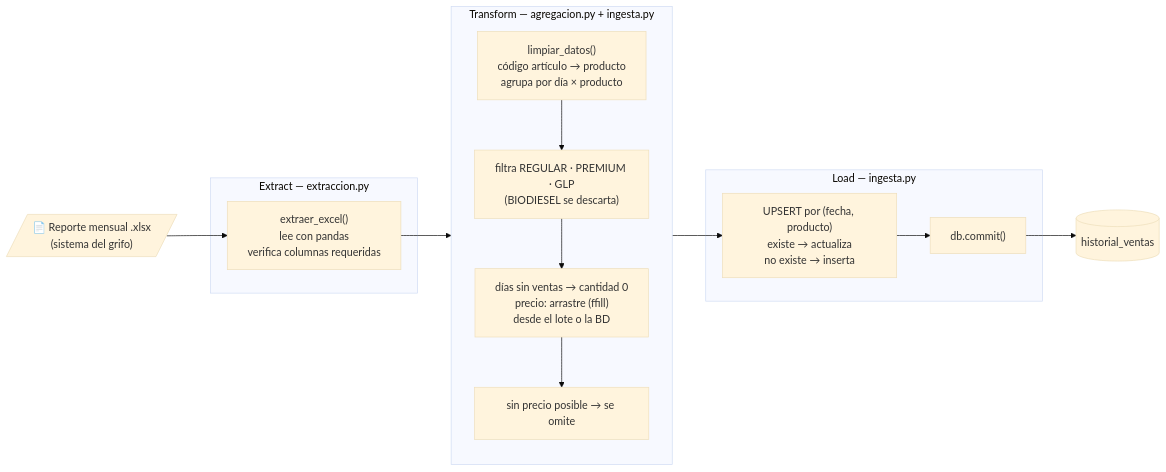
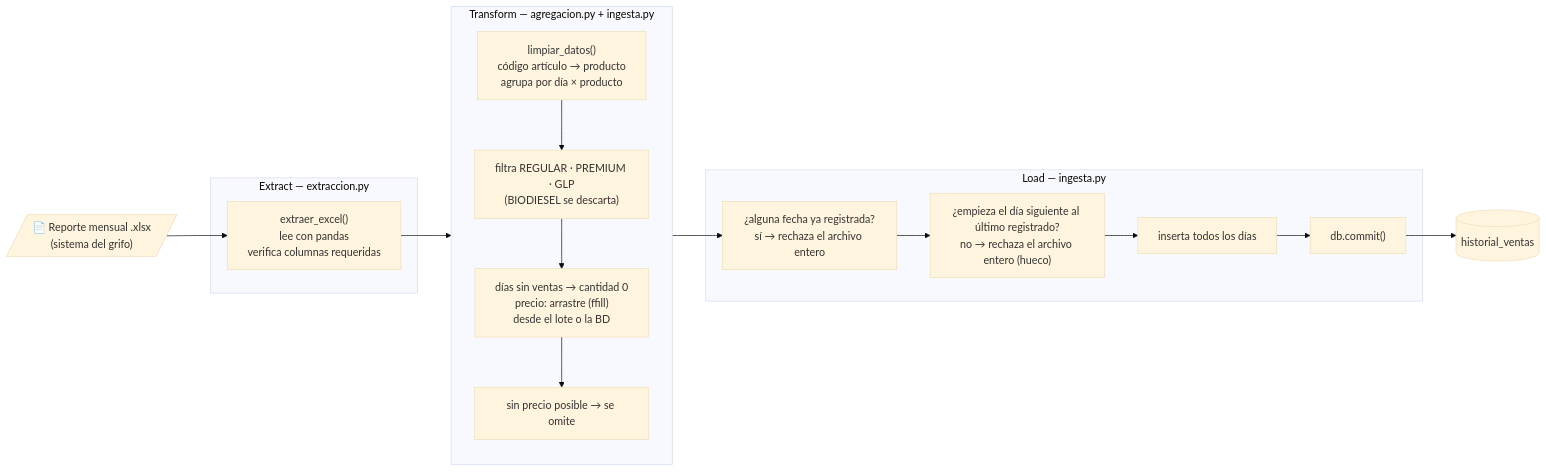
One commit to alhexmbs/tesis-backend changed the third of 7 diagrams in docs/arquitectura.md. Above: the diagram before and after it, drawn with Mermaid (base theme). The commit also changed other lines of this file and 27 other files, not shown here.

````diff
--- a/docs/arquitectura.md
+++ b/docs/arquitectura.md
@@ -171,29 +171,31 @@
 ```mermaid
 flowchart LR
     xlsx[/"📄 Reporte mensual .xlsx<br/>(sistema del grifo)"/]
 
     subgraph E["Extract — extraccion.py"]
         e1["extraer_excel()<br/>lee con pandas<br/>verifica columnas requeridas"]
     end
 
     subgraph T["Transform — agregacion.py + ingesta.py"]
         direction TB
         t1["limpiar_datos()<br/>código artículo → producto<br/>agrupa por día × producto"]
         t2["filtra REGULAR · PREMIUM · GLP<br/>(BIODIESEL se descarta)"]
         t3["días sin ventas → cantidad 0<br/>precio: arrastre (ffill)<br/>desde el lote o la BD"]
         t4["sin precio posible → se omite"]
         t1 --> t2 --> t3 --> t4
     end
 
     subgraph L["Load — ingesta.py"]
-        l1["UPSERT por (fecha, producto)<br/>existe → actualiza<br/>no existe → inserta"]
+        l1["¿alguna fecha ya registrada?<br/>sí → rechaza el archivo entero"]
+        l0["¿empieza el día siguiente al último registrado?<br/>no → rechaza el archivo entero (hueco)"]
+        l3["inserta todos los días"]
         l2["db.commit()"]
-        l1 --> l2
+        l1 --> l0 --> l3 --> l2
     end
 
     db[("historial_ventas")]
 
     xlsx --> e1 --> t1
     t4 --> l1
     l2 --> db
 ```
````
